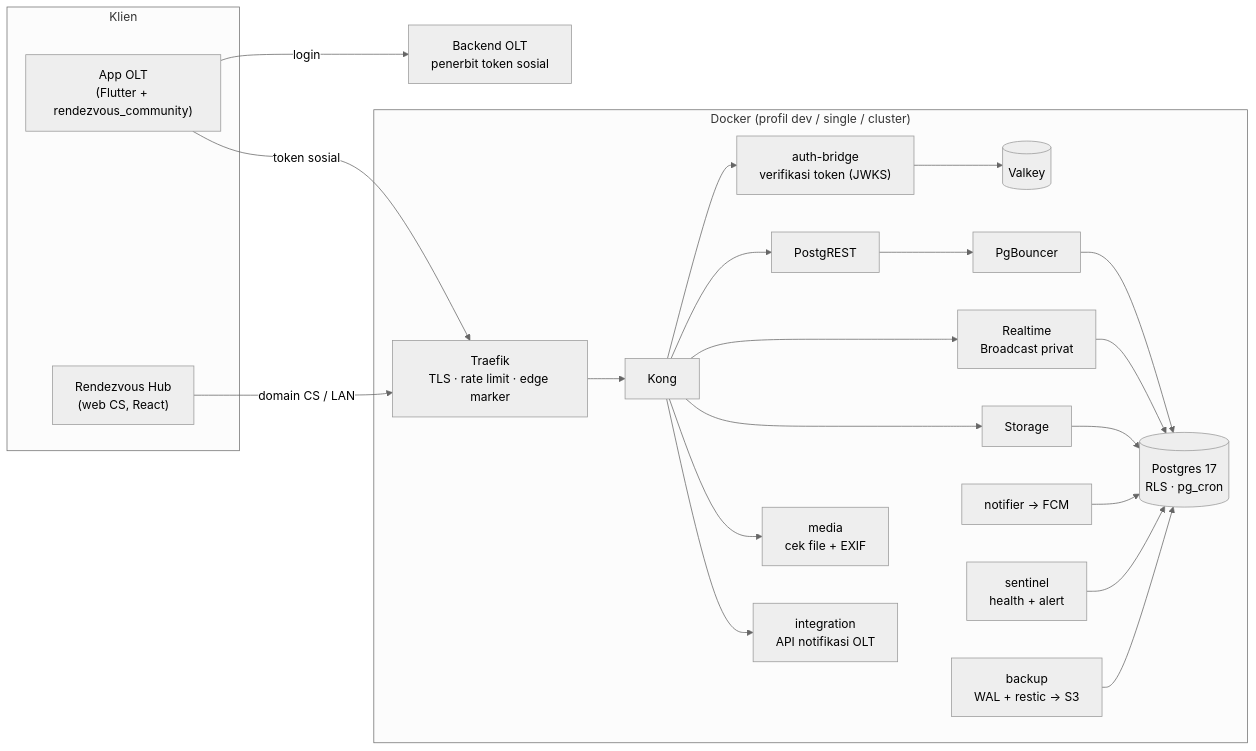
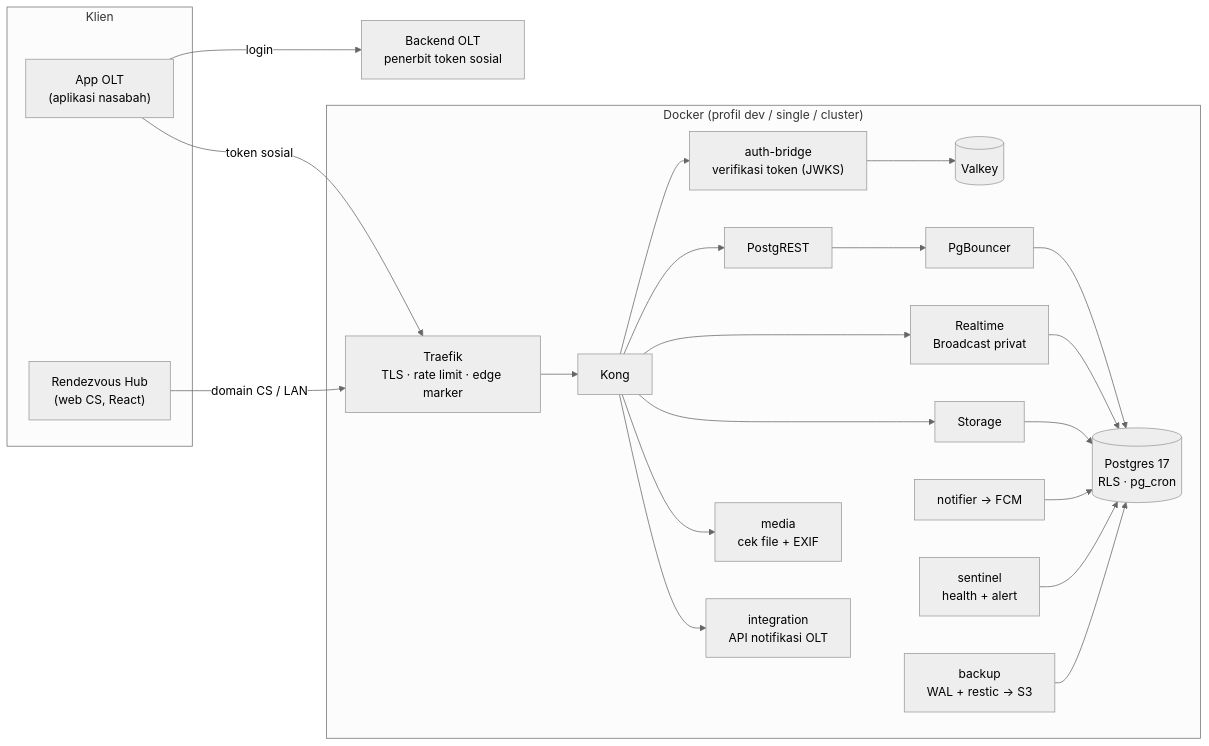
The diagram in README.md (dayat123123/chat_service_supabase), drawn with Mermaid (neutral theme) before and after one commit. The commit also changed other lines of this file and 30 other files, not shown here.

````diff
--- a/README.md
+++ b/README.md
@@ -41,28 +38,28 @@
 ```mermaid
 flowchart LR
   subgraph Klien
-    APP["App OLT<br/>(Flutter + rendezvous_community)"]
+    APP["App OLT<br/>(aplikasi nasabah)"]
     HUB["Rendezvous Hub<br/>(web CS, React)"]
   end
   OLT["Backend OLT<br/>penerbit token sosial"]
   APP -- login --> OLT
   APP -- token sosial --> TR
   HUB -- domain CS / LAN --> TR
 
   subgraph Server["Docker (profil dev / single / cluster)"]
     TR["Traefik<br/>TLS · rate limit · edge marker"] --> KONG[Kong]
     KONG --> AB["auth-bridge<br/>verifikasi token (JWKS)"]
     KONG --> REST[PostgREST]
     KONG --> RT["Realtime<br/>Broadcast privat"]
     KONG --> ST[Storage]
     KONG --> MEDIA["media<br/>cek file + EXIF"]
     KONG --> INT["integration<br/>API notifikasi OLT"]
     REST --> PGB[PgBouncer] --> DB[("Postgres 17<br/>RLS · pg_cron")]
     RT --> DB
     ST --> DB
     AB --> VK[(Valkey)]
     NOTIF["notifier → FCM"] --> DB
     SENT["sentinel<br/>health + alert"] --> DB
     BK["backup<br/>WAL + restic → S3"] --> DB
   end
 ```
````
